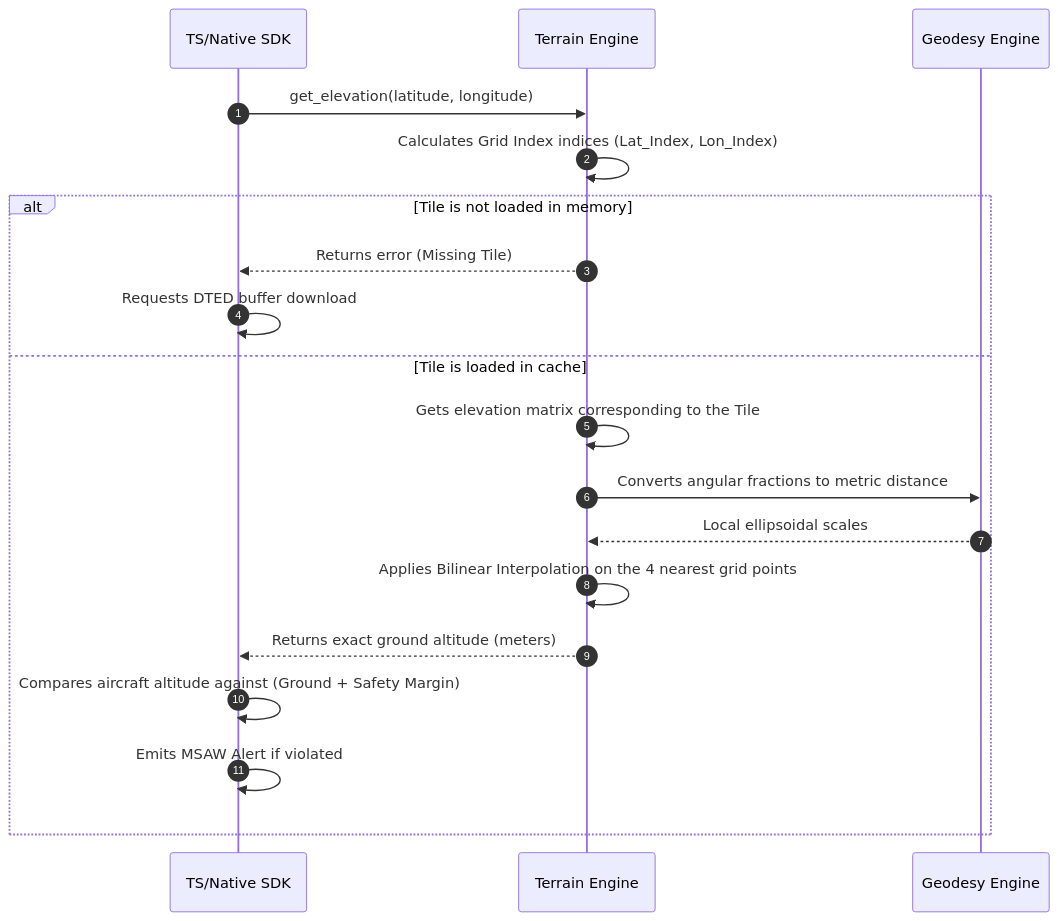
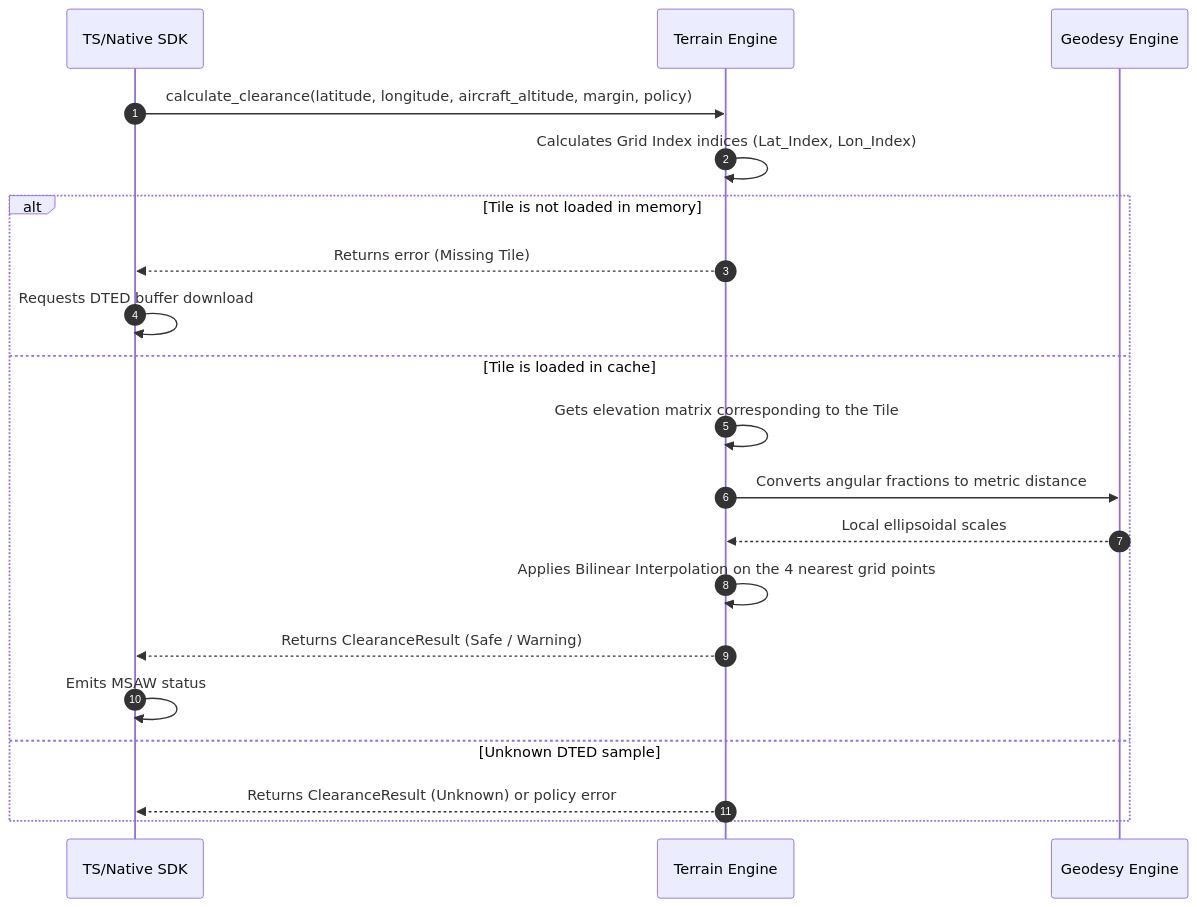
Before and after one commit to rodoni/olayer: the third of 3 diagrams in docs/core/components.md, drawn with Mermaid. The commit also changed other lines of this file and 15 other files, not shown here.

Commit message:
docs: synchronize current APIs and architecture

````diff
--- a/docs/core/components.md
+++ b/docs/core/components.md
@@ -489,22 +496,23 @@
 ```mermaid
 sequenceDiagram
     autonumber
     participant SDK as TS/Native SDK
     participant Terrain as Terrain Engine
     participant Geo as Geodesy Engine
 
-    SDK->>Terrain: get_elevation(latitude, longitude)
+    SDK->>Terrain: calculate_clearance(latitude, longitude, aircraft_altitude, margin, policy)
     Terrain->>Terrain: Calculates Grid Index indices (Lat_Index, Lon_Index)
     alt Tile is not loaded in memory
         Terrain-->>SDK: Returns error (Missing Tile)
         SDK->>SDK: Requests DTED buffer download
     else Tile is loaded in cache
         Terrain->>Terrain: Gets elevation matrix corresponding to the Tile
         Terrain->>Geo: Converts angular fractions to metric distance
         Geo-->>Terrain: Local ellipsoidal scales
         Terrain->>Terrain: Applies Bilinear Interpolation on the 4 nearest grid points
-        Terrain-->>SDK: Returns exact ground altitude (meters)
-        SDK->>SDK: Compares aircraft altitude against (Ground + Safety Margin)
-        SDK->>SDK: Emits MSAW Alert if violated
+        Terrain-->>SDK: Returns ClearanceResult (Safe / Warning)
+        SDK->>SDK: Emits MSAW status
+    else Unknown DTED sample
+        Terrain-->>SDK: Returns ClearanceResult (Unknown) or policy error
     end
 ```
````
